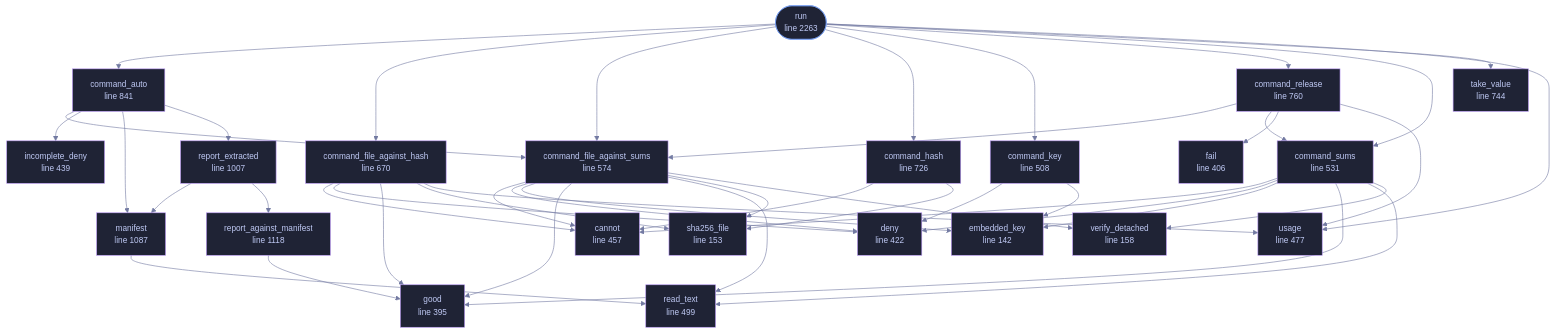
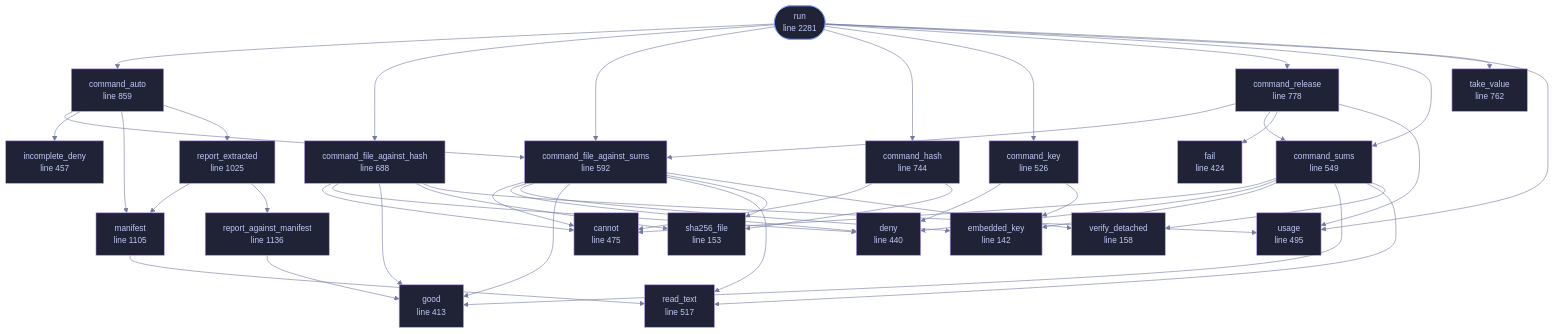
One commit to tilas01/veilvoice changed the diagram in docs/files/veilvoice-verify/lib.md. Above: the diagram before and after it, drawn with Mermaid. The commit also changed other lines of this file and 85 other files, not shown here.

First line of the commit message:
Twenty-one more published items, in the command line and the two it calls

```diff
--- a/docs/files/veilvoice-verify/lib.md
+++ b/docs/files/veilvoice-verify/lib.md
@@ -115,25 +115,25 @@
     n_embedded_key["embedded_key<br/>line 142"]
     n_sha256_file["sha256_file<br/>line 153"]
     n_verify_detached["verify_detached<br/>line 158"]
-    n_good["good<br/>line 395"]
-    n_fail["fail<br/>line 406"]
-    n_deny["deny<br/>line 422"]
-    n_incomplete_deny["incomplete_deny<br/>line 439"]
-    n_cannot["cannot<br/>line 457"]
-    n_usage["usage<br/>line 477"]
-    n_read_text["read_text<br/>line 499"]
-    n_command_key["command_key<br/>line 508"]
-    n_command_sums["command_sums<br/>line 531"]
-    n_command_file_against_sums["command_file_against_sums<br/>line 574"]
-    n_command_file_against_hash["command_file_against_hash<br/>line 670"]
-    n_command_hash["command_hash<br/>line 726"]
-    n_take_value["take_value<br/>line 744"]
-    n_command_release["command_release<br/>line 760"]
-    n_command_auto["command_auto<br/>line 841"]
-    n_report_extracted["report_extracted<br/>line 1007"]
-    n_manifest["manifest<br/>line 1087"]
-    n_report_against_manifest["report_against_manifest<br/>line 1118"]
-    n_run(["run<br/>line 2263"])
+    n_good["good<br/>line 413"]
+    n_fail["fail<br/>line 424"]
+    n_deny["deny<br/>line 440"]
+    n_incomplete_deny["incomplete_deny<br/>line 457"]
+    n_cannot["cannot<br/>line 475"]
+    n_usage["usage<br/>line 495"]
+    n_read_text["read_text<br/>line 517"]
+    n_command_key["command_key<br/>line 526"]
+    n_command_sums["command_sums<br/>line 549"]
+    n_command_file_against_sums["command_file_against_sums<br/>line 592"]
+    n_command_file_against_hash["command_file_against_hash<br/>line 688"]
+    n_command_hash["command_hash<br/>line 744"]
+    n_take_value["take_value<br/>line 762"]
+    n_command_release["command_release<br/>line 778"]
+    n_command_auto["command_auto<br/>line 859"]
+    n_report_extracted["report_extracted<br/>line 1025"]
+    n_manifest["manifest<br/>line 1105"]
+    n_report_against_manifest["report_against_manifest<br/>line 1136"]
+    n_run(["run<br/>line 2281"])
     n_command_auto --> n_command_file_against_sums
     n_command_auto --> n_incomplete_deny
     n_command_auto --> n_manifest
@@ -180,25 +180,25 @@
     click n_embedded_key href "https://github.com/tilas01/veilvoice/blob/main/crates/veilvoice-verify/src/lib.rs#L142" "open the source"
     click n_sha256_file href "https://github.com/tilas01/veilvoice/blob/main/crates/veilvoice-verify/src/lib.rs#L153" "open the source"
     click n_verify_detached href "https://github.com/tilas01/veilvoice/blob/main/crates/veilvoice-verify/src/lib.rs#L158" "open the source"
-    click n_good href "https://github.com/tilas01/veilvoice/blob/main/crates/veilvoice-verify/src/lib.rs#L395" "open the source"
-    click n_fail href "https://github.com/tilas01/veilvoice/blob/main/crates/veilvoice-verify/src/lib.rs#L406" "open the source"
-    click n_deny href "https://github.com/tilas01/veilvoice/blob/main/crates/veilvoice-verify/src/lib.rs#L422" "open the source"
-    click n_incomplete_deny href "https://github.com/tilas01/veilvoice/blob/main/crates/veilvoice-verify/src/lib.rs#L439" "open the source"
-    click n_cannot href "https://github.com/tilas01/veilvoice/blob/main/crates/veilvoice-verify/src/lib.rs#L457" "open the source"
-    click n_usage href "https://github.com/tilas01/veilvoice/blob/main/crates/veilvoice-verify/src/lib.rs#L477" "open the source"
-    click n_read_text href "https://github.com/tilas01/veilvoice/blob/main/crates/veilvoice-verify/src/lib.rs#L499" "open the source"
-    click n_command_key href "https://github.com/tilas01/veilvoice/blob/main/crates/veilvoice-verify/src/lib.rs#L508" "open the source"
-    click n_command_sums href "https://github.com/tilas01/veilvoice/blob/main/crates/veilvoice-verify/src/lib.rs#L531" "open the source"
-    click n_command_file_against_sums href "https://github.com/tilas01/veilvoice/blob/main/crates/veilvoice-verify/src/lib.rs#L574" "open the source"
-    click n_command_file_against_hash href "https://github.com/tilas01/veilvoice/blob/main/crates/veilvoice-verify/src/lib.rs#L670" "open the source"
-    click n_command_hash href "https://github.com/tilas01/veilvoice/blob/main/crates/veilvoice-verify/src/lib.rs#L726" "open the source"
-    click n_take_value href "https://github.com/tilas01/veilvoice/blob/main/crates/veilvoice-verify/src/lib.rs#L744" "open the source"
-    click n_command_release href "https://github.com/tilas01/veilvoice/blob/main/crates/veilvoice-verify/src/lib.rs#L760" "open the source"
-    click n_command_auto href "https://github.com/tilas01/veilvoice/blob/main/crates/veilvoice-verify/src/lib.rs#L841" "open the source"
-    click n_report_extracted href "https://github.com/tilas01/veilvoice/blob/main/crates/veilvoice-verify/src/lib.rs#L1007" "open the source"
-    click n_manifest href "https://github.com/tilas01/veilvoice/blob/main/crates/veilvoice-verify/src/lib.rs#L1087" "open the source"
-    click n_report_against_manifest href "https://github.com/tilas01/veilvoice/blob/main/crates/veilvoice-verify/src/lib.rs#L1118" "open the source"
-    click n_run href "https://github.com/tilas01/veilvoice/blob/main/crates/veilvoice-verify/src/lib.rs#L2263" "open the source"
+    click n_good href "https://github.com/tilas01/veilvoice/blob/main/crates/veilvoice-verify/src/lib.rs#L413" "open the source"
+    click n_fail href "https://github.com/tilas01/veilvoice/blob/main/crates/veilvoice-verify/src/lib.rs#L424" "open the source"
+    click n_deny href "https://github.com/tilas01/veilvoice/blob/main/crates/veilvoice-verify/src/lib.rs#L440" "open the source"
+    click n_incomplete_deny href "https://github.com/tilas01/veilvoice/blob/main/crates/veilvoice-verify/src/lib.rs#L457" "open the source"
+    click n_cannot href "https://github.com/tilas01/veilvoice/blob/main/crates/veilvoice-verify/src/lib.rs#L475" "open the source"
+    click n_usage href "https://github.com/tilas01/veilvoice/blob/main/crates/veilvoice-verify/src/lib.rs#L495" "open the source"
+    click n_read_text href "https://github.com/tilas01/veilvoice/blob/main/crates/veilvoice-verify/src/lib.rs#L517" "open the source"
+    click n_command_key href "https://github.com/tilas01/veilvoice/blob/main/crates/veilvoice-verify/src/lib.rs#L526" "open the source"
+    click n_command_sums href "https://github.com/tilas01/veilvoice/blob/main/crates/veilvoice-verify/src/lib.rs#L549" "open the source"
+    click n_command_file_against_sums href "https://github.com/tilas01/veilvoice/blob/main/crates/veilvoice-verify/src/lib.rs#L592" "open the source"
+    click n_command_file_against_hash href "https://github.com/tilas01/veilvoice/blob/main/crates/veilvoice-verify/src/lib.rs#L688" "open the source"
+    click n_command_hash href "https://github.com/tilas01/veilvoice/blob/main/crates/veilvoice-verify/src/lib.rs#L744" "open the source"
+    click n_take_value href "https://github.com/tilas01/veilvoice/blob/main/crates/veilvoice-verify/src/lib.rs#L762" "open the source"
+    click n_command_release href "https://github.com/tilas01/veilvoice/blob/main/crates/veilvoice-verify/src/lib.rs#L778" "open the source"
+    click n_command_auto href "https://github.com/tilas01/veilvoice/blob/main/crates/veilvoice-verify/src/lib.rs#L859" "open the source"
+    click n_report_extracted href "https://github.com/tilas01/veilvoice/blob/main/crates/veilvoice-verify/src/lib.rs#L1025" "open the source"
+    click n_manifest href "https://github.com/tilas01/veilvoice/blob/main/crates/veilvoice-verify/src/lib.rs#L1105" "open the source"
+    click n_report_against_manifest href "https://github.com/tilas01/veilvoice/blob/main/crates/veilvoice-verify/src/lib.rs#L1136" "open the source"
+    click n_run href "https://github.com/tilas01/veilvoice/blob/main/crates/veilvoice-verify/src/lib.rs#L2281" "open the source"
     classDef entry fill:#1f2335,stroke:#7aa2f7,color:#c0caf5
     class n_run entry
     classDef helper fill:#1f2335,stroke:#bb9af7,color:#c0caf5
```
